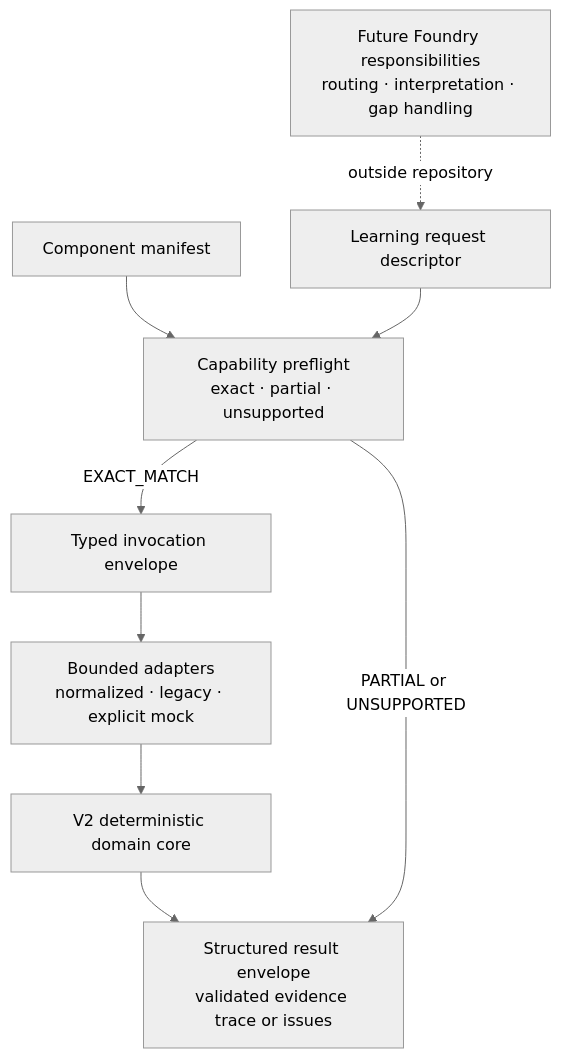
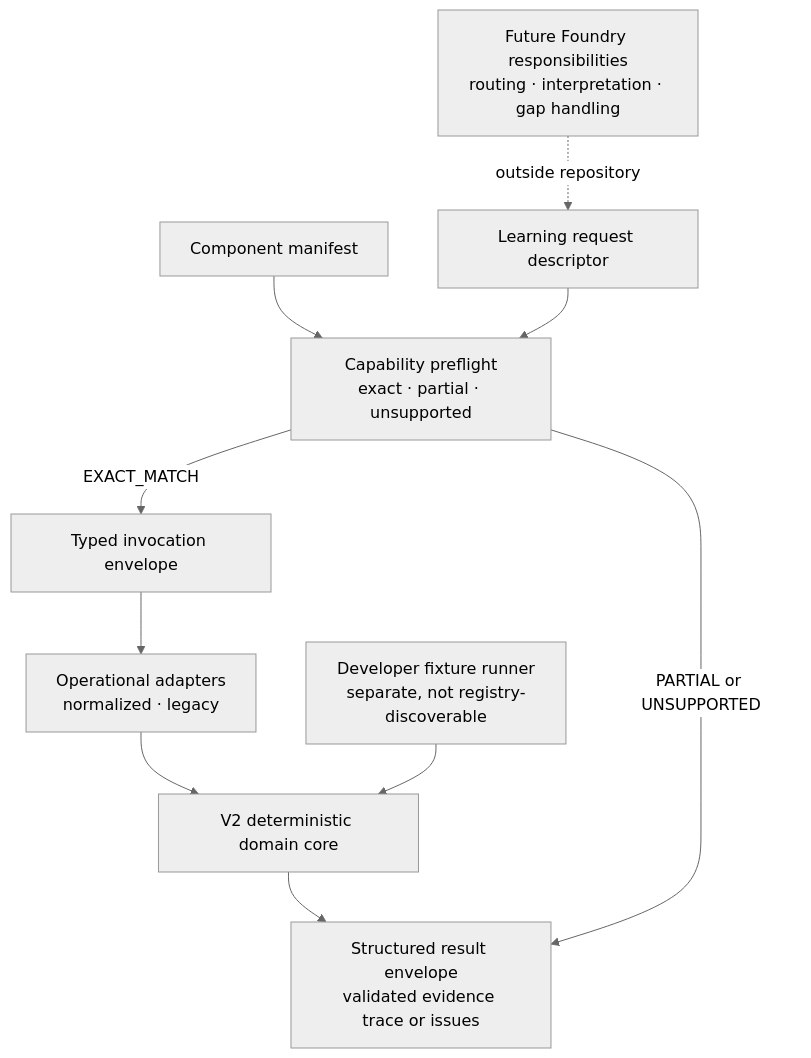
The diagram in docs/ARCHITECTURE.md (shhh-hoo/standard-trainer-demo), drawn with Mermaid (neutral theme) before and after one commit. The commit also changed other lines of this file and 11 other files, not shown here.

````diff
--- a/docs/ARCHITECTURE.md
+++ b/docs/ARCHITECTURE.md
@@ -9,20 +9,22 @@
 ```mermaid
 flowchart TD
     R["Learning request descriptor"]
     M["Component manifest"]
     F["Capability preflight<br/>exact · partial · unsupported"]
     I["Typed invocation envelope"]
-    A["Bounded adapters<br/>normalized · legacy · explicit mock"]
+    A["Operational adapters<br/>normalized · legacy"]
     E["V2 deterministic domain core"]
     V["Structured result envelope<br/>validated evidence trace or issues"]
+    D["Developer fixture runner<br/>separate, not registry-discoverable"]
     X["Future Foundry responsibilities<br/>routing · interpretation · gap handling"]
 
     M --> F
     R --> F
     F -->|EXACT_MATCH| I
     I --> A
     A --> E
     E --> V
+    D --> E
     F -->|PARTIAL or UNSUPPORTED| V
     X -. outside repository .-> R
 ```
````
